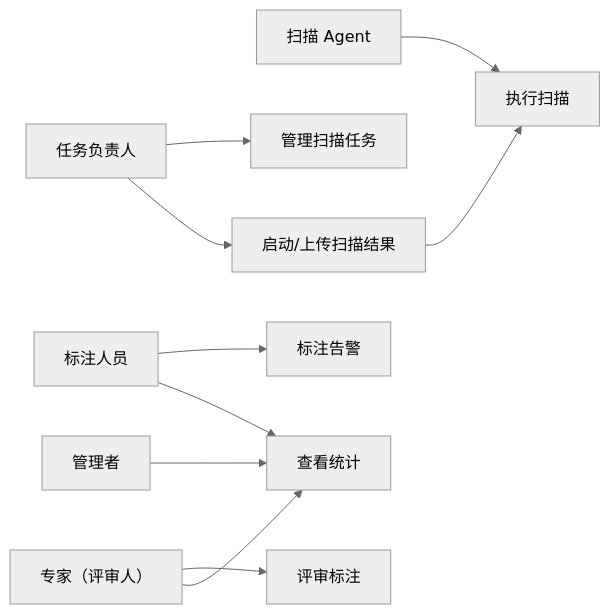
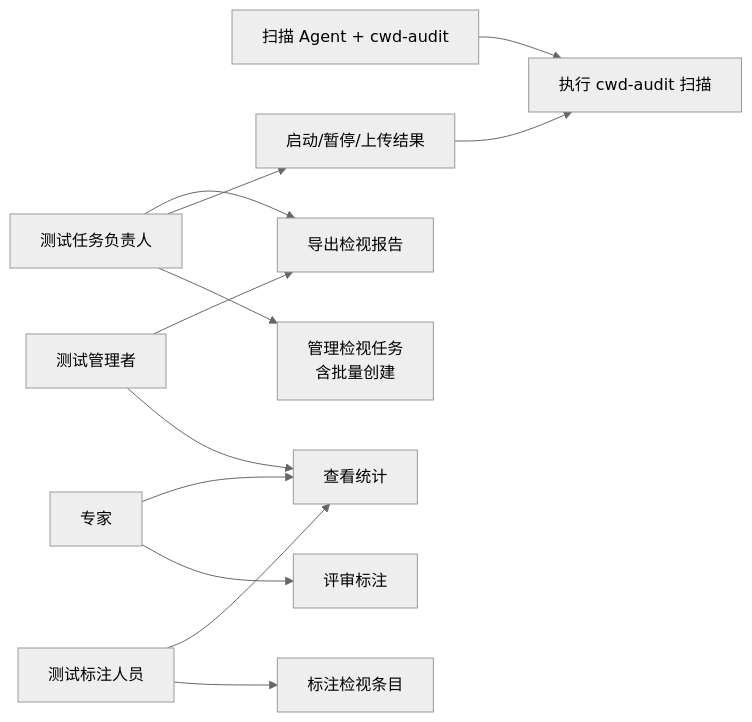
One commit to BeaconLin/aiRepoScan-hw changed the third of 10 diagrams in 设计文档.md. Above: the diagram before and after it, drawn with Mermaid (neutral theme). The commit also changed other lines of this file, not shown here.

````diff
--- a/设计文档.md
+++ b/设计文档.md
@@ -154,24 +220,23 @@
 ```mermaid
 flowchart LR
-    Owner["任务负责人"]
-    Annotator["标注人员"]
-    Reviewer["专家（评审人）"]
-    Manager["管理者"]
-    Agent["扫描 Agent"]
+    Owner["测试任务负责人"]
+    Annotator["测试标注人员"]
+    Reviewer["专家"]
+    Manager["测试管理者"]
+    Agent["扫描 Agent + cwd-audit"]
 
-    UC1["管理扫描任务"]
-    UC2["启动/上传扫描结果"]
-    UC3["标注告警"]
+    UC1["管理检视任务\n含批量创建"]
+    UC2["启动/暂停/上传结果"]
+    UC3["标注检视条目"]
     UC6["评审标注"]
+    UC7["导出检视报告"]
     UC4["查看统计"]
-    UC5["执行扫描"]
+    UC5["执行 cwd-audit 扫描"]
 
-    Owner --> UC1 & UC2
-    Annotator --> UC3
-    Reviewer --> UC6
-    Manager --> UC4
-    Annotator --> UC4
-    Reviewer --> UC4
+    Owner --> UC1 & UC2 & UC7
+    Annotator --> UC3 & UC4
+    Reviewer --> UC6 & UC4
+    Manager --> UC4 & UC7
     Agent --> UC5
     UC2 --> UC5
 ```
````
